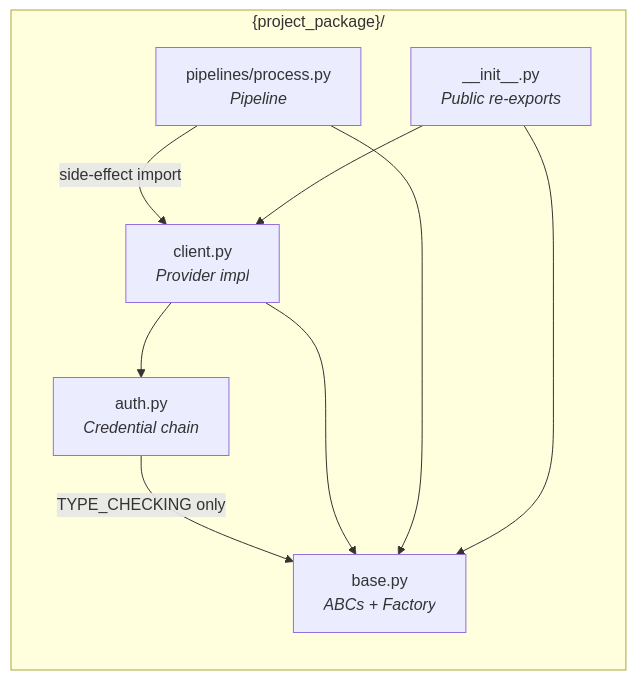
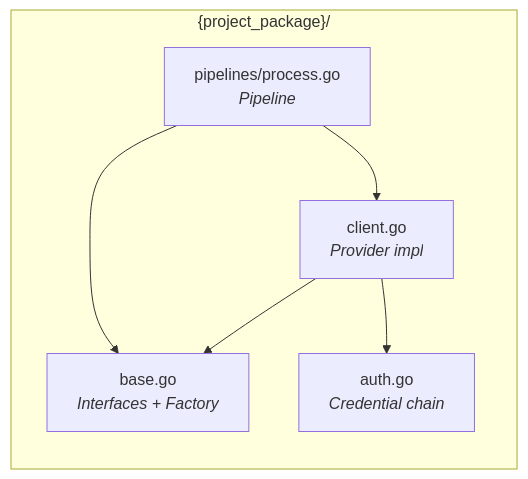
One commit to mlefebvre1/cooksense-backend changed the first of 4 diagrams in .claude/sdd-spec-author/SKILL.md. Above: the diagram before and after it, drawn with Mermaid. The commit also changed other lines of this file and 3 other files, not shown here.

````diff
--- a/.claude/sdd-spec-author/SKILL.md
+++ b/.claude/sdd-spec-author/SKILL.md
@@ -260,18 +256,14 @@
 ```mermaid
 graph LR
     subgraph "{project_package}/"
-        base["base.py<br/><i>ABCs + Factory</i>"]
-        auth["auth.py<br/><i>Credential chain</i>"]
-        client["client.py<br/><i>Provider impl</i>"]
-        init["__init__.py<br/><i>Public re-exports</i>"]
-        pipeline["pipelines/process.py<br/><i>Pipeline</i>"]
+        base["base.go<br/><i>Interfaces + Factory</i>"]
+        auth["auth.go<br/><i>Credential chain</i>"]
+        client["client.go<br/><i>Provider impl</i>"]
+        pipeline["pipelines/process.go<br/><i>Pipeline</i>"]
     end
 
-    auth -- "TYPE_CHECKING only" --> base
     client --> base
     client --> auth
     pipeline --> base
-    pipeline -- "side-effect import" --> client
-    init --> base
-    init --> client
+    pipeline --> client
 ```
````
